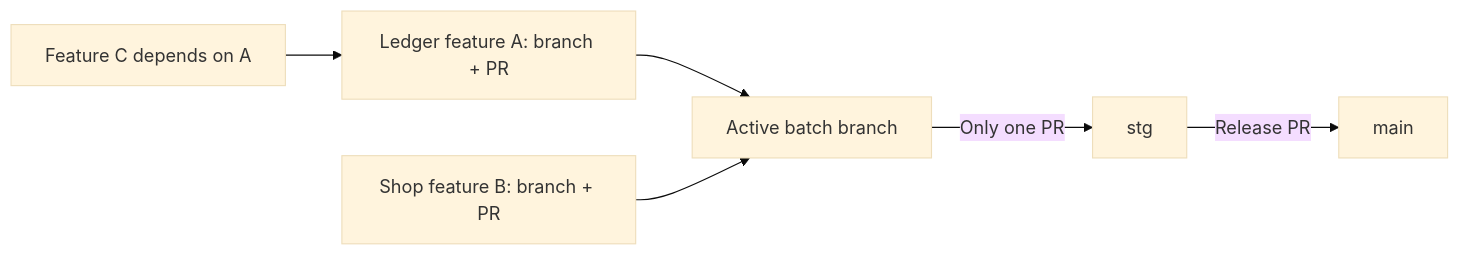
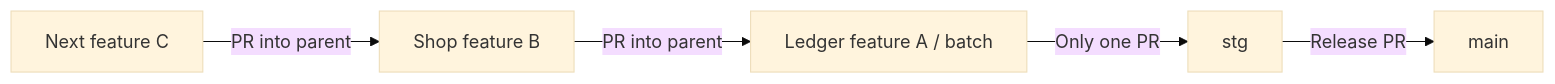
One commit to Building-Suit/building-suit-monorepo changed the diagram in docs/shared/git-workflow.md. Above: the diagram before and after it, drawn with Mermaid (base theme). The commit also changed other lines of this file and 7 other files, not shown here.

````diff
--- a/docs/shared/git-workflow.md
+++ b/docs/shared/git-workflow.md
@@ -38,8 +38,7 @@
 ```mermaid
 flowchart LR
-  A["Ledger feature A: branch + PR"] --> B["Active batch branch"]
-  C["Shop feature B: branch + PR"] --> B
-  D["Feature C depends on A"] --> A
-  B -->|"Only one PR"| S["stg"]
+  C["Next feature C"] -->|"PR into parent"| B["Shop feature B"]
+  B -->|"PR into parent"| A["Ledger feature A / batch"]
+  A -->|"Only one PR"| S["stg"]
   S -->|"Release PR"| M["main"]
 ```
````
